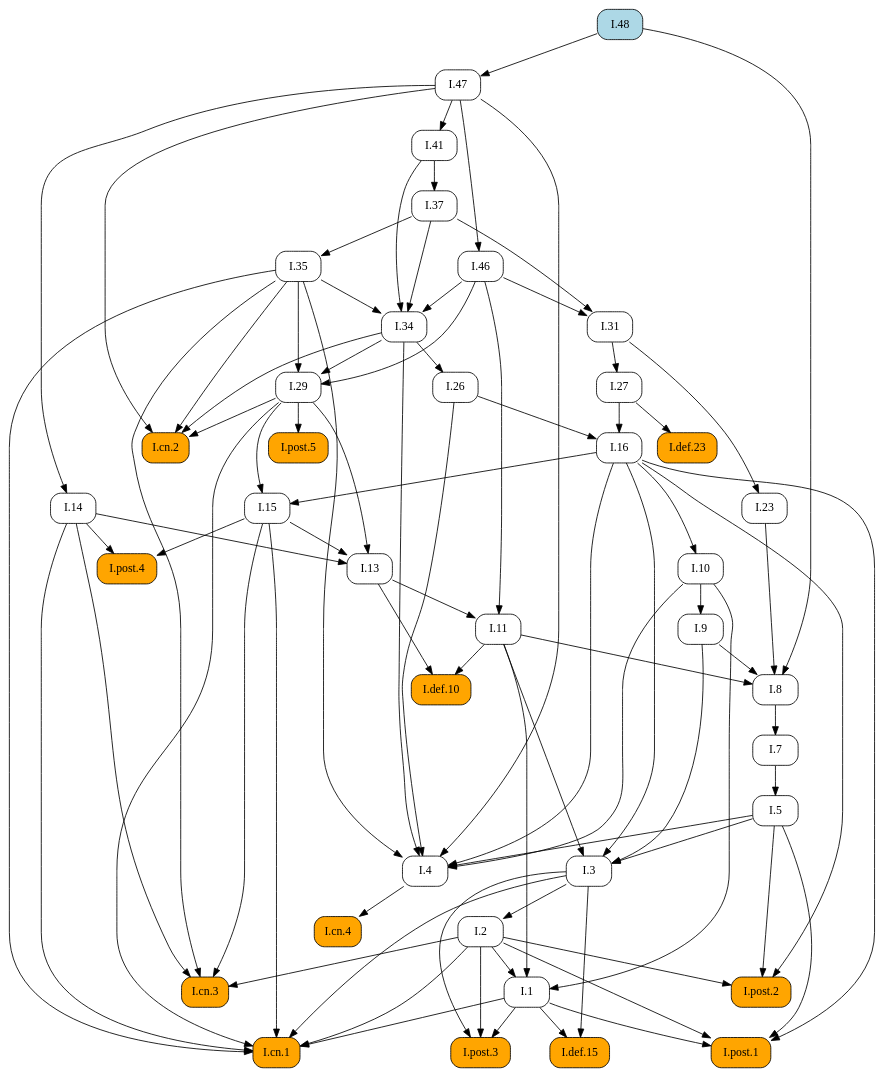
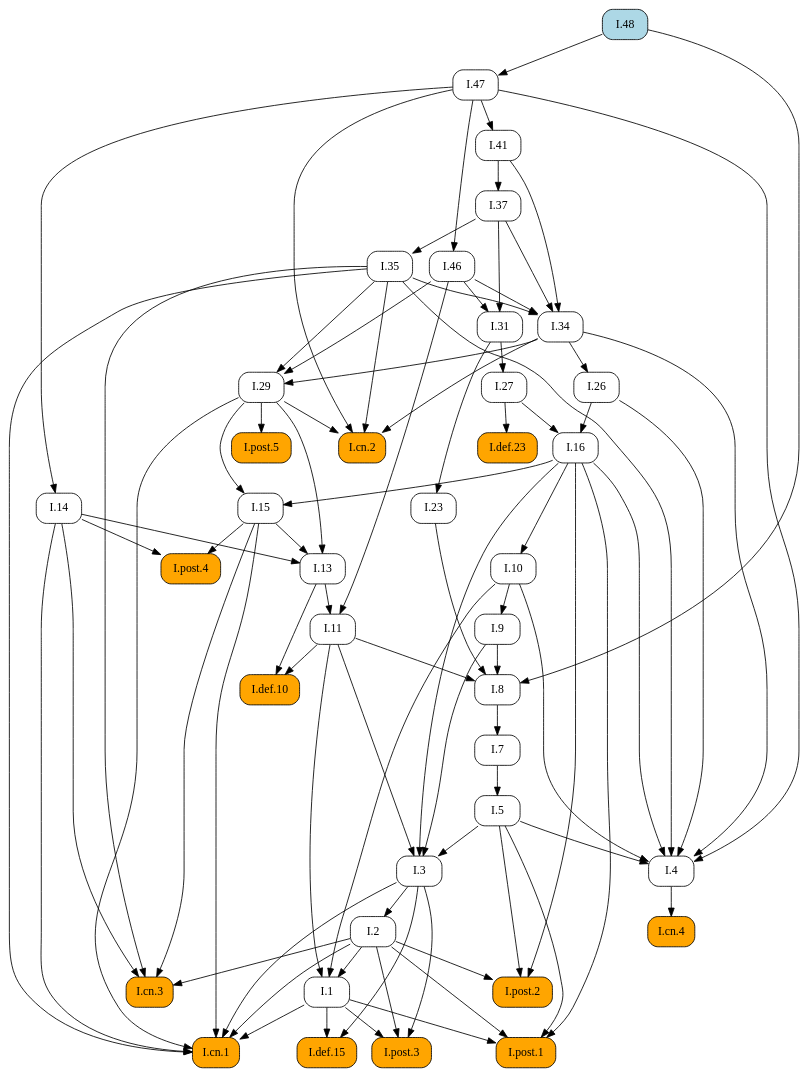
Before and after one commit to geometor/elements: the diagram in docsrc/elements2/I/48/index.rst, drawn with Graphviz. The commit also changed other lines of this file and 409 other files, not shown here.

First line of the commit message:
feat: Add image cropping and graphic extraction script

```diff
--- a/docsrc/elements2/I/48/index.rst
+++ b/docsrc/elements2/I/48/index.rst
@@ -53,88 +53,61 @@
    digraph {
      rankdir="TB";
      node [shape=box, style=rounded];
+     "I.37" [URL="/elements2/I/37/", target="_top"];
+     "I.31" [URL="/elements2/I/31/", target="_top"];
+     "I.cn.2" [style="rounded,filled", fillcolor=orange, URL="/elements2/I/cn.2/", target="_top"];
+     "I.41" [URL="/elements2/I/41/", target="_top"];
      "I.8" [URL="/elements2/I/8/", target="_top"];
+     "I.5" [URL="/elements2/I/5/", target="_top"];
+     "I.47" [URL="/elements2/I/47/", target="_top"];
+     "I.15" [URL="/elements2/I/15/", target="_top"];
+     "I.26" [URL="/elements2/I/26/", target="_top"];
+     "I.cn.1" [style="rounded,filled", fillcolor=orange, URL="/elements2/I/cn.1/", target="_top"];
+     "I.7" [URL="/elements2/I/7/", target="_top"];
+     "I.23" [URL="/elements2/I/23/", target="_top"];
+     "I.16" [URL="/elements2/I/16/", target="_top"];
+     "I.35" [URL="/elements2/I/35/", target="_top"];
+     "I.34" [URL="/elements2/I/34/", target="_top"];
+     "I.48" [style="rounded,filled", fillcolor=lightblue, URL="/elements2/I/48/", target="_top"];
+     "I.def.15" [style="rounded,filled", fillcolor=orange, URL="/elements2/I/def.15/", target="_top"];
      "I.46" [URL="/elements2/I/46/", target="_top"];
-     "I.47" [URL="/elements2/I/47/", target="_top"];
+     "I.def.10" [style="rounded,filled", fillcolor=orange, URL="/elements2/I/def.10/", target="_top"];
+     "I.11" [URL="/elements2/I/11/", target="_top"];
+     "I.def.23" [style="rounded,filled", fillcolor=orange, URL="/elements2/I/def.23/", target="_top"];
+     "I.post.5" [style="rounded,filled", fillcolor=orange, URL="/elements2/I/post.5/", target="_top"];
+     "I.3" [URL="/elements2/I/3/", target="_top"];
      "I.14" [URL="/elements2/I/14/", target="_top"];
+     "I.10" [URL="/elements2/I/10/", target="_top"];
+     "I.cn.3" [style="rounded,filled", fillcolor=orange, URL="/elements2/I/cn.3/", target="_top"];
+     "I.13" [URL="/elements2/I/13/", target="_top"];
+     "I.4" [URL="/elements2/I/4/", target="_top"];
+     "I.post.3" [style="rounded,filled", fillcolor=orange, URL="/elements2/I/post.3/", target="_top"];
+     "I.9" [URL="/elements2/I/9/", target="_top"];
+     "I.29" [URL="/elements2/I/29/", target="_top"];
      "I.post.1" [style="rounded,filled", fillcolor=orange, URL="/elements2/I/post.1/", target="_top"];
-     "I.48" [style="rounded,filled", fillcolor=lightblue, URL="/elements2/I/48/", target="_top"];
-     "I.5" [URL="/elements2/I/5/", target="_top"];
-     "I.post.5" [style="rounded,filled", fillcolor=orange, URL="/elements2/I/post.5/", target="_top"];
-     "I.def.10" [style="rounded,filled", fillcolor=orange, URL="/elements2/I/def.10/", target="_top"];
-     "I.cn.2" [style="rounded,filled", fillcolor=orange, URL="/elements2/I/cn.2/", target="_top"];
-     "I.def.15" [style="rounded,filled", fillcolor=orange, URL="/elements2/I/def.15/", target="_top"];
-     "I.31" [URL="/elements2/I/31/", target="_top"];
-     "I.11" [URL="/elements2/I/11/", target="_top"];
-     "I.3" [URL="/elements2/I/3/", target="_top"];
+     "I.2" [URL="/elements2/I/2/", target="_top"];
+     "I.27" [URL="/elements2/I/27/", target="_top"];
+     "I.cn.4" [style="rounded,filled", fillcolor=orange, URL="/elements2/I/cn.4/", target="_top"];
+     "I.post.4" [style="rounded,filled", fillcolor=orange, URL="/elements2/I/post.4/", target="_top"];
+     "I.1" [URL="/elements2/I/1/", target="_top"];
      "I.post.2" [style="rounded,filled", fillcolor=orange, URL="/elements2/I/post.2/", target="_top"];
-     "I.def.23" [style="rounded,filled", fillcolor=orange, URL="/elements2/I/def.23/", target="_top"];
-     "I.26" [URL="/elements2/I/26/", target="_top"];
-     "I.cn.3" [style="rounded,filled", fillcolor=orange, URL="/elements2/I/cn.3/", target="_top"];
-     "I.cn.4" [style="rounded,filled", fillcolor=orange, URL="/elements2/I/cn.4/", target="_top"];
-     "I.1" [URL="/elements2/I/1/", target="_top"];
-     "I.7" [URL="/elements2/I/7/", target="_top"];
-     "I.9" [URL="/elements2/I/9/", target="_top"];
-     "I.cn.1" [style="rounded,filled", fillcolor=orange, URL="/elements2/I/cn.1/", target="_top"];
-     "I.29" [URL="/elements2/I/29/", target="_top"];
-     "I.post.4" [style="rounded,filled", fillcolor=orange, URL="/elements2/I/post.4/", target="_top"];
-     "I.16" [URL="/elements2/I/16/", target="_top"];
-     "I.13" [URL="/elements2/I/13/", target="_top"];
-     "I.41" [URL="/elements2/I/41/", target="_top"];
-     "I.35" [URL="/elements2/I/35/", target="_top"];
-     "I.2" [URL="/elements2/I/2/", target="_top"];
-     "I.37" [URL="/elements2/I/37/", target="_top"];
-     "I.27" [URL="/elements2/I/27/", target="_top"];
-     "I.4" [URL="/elements2/I/4/", target="_top"];
-     "I.10" [URL="/elements2/I/10/", target="_top"];
-     "I.15" [URL="/elements2/I/15/", target="_top"];
-     "I.34" [URL="/elements2/I/34/", target="_top"];
-     "I.23" [URL="/elements2/I/23/", target="_top"];
-     "I.post.3" [style="rounded,filled", fillcolor=orange, URL="/elements2/I/post.3/", target="_top"];
+     "I.41" -> "I.37";
+     "I.37" -> "I.31";
+     "I.46" -> "I.31";
+     "I.29" -> "I.cn.2";
+     "I.34" -> "I.cn.2";
+     "I.35" -> "I.cn.2";
+     "I.47" -> "I.cn.2";
+     "I.47" -> "I.41";
      "I.9" -> "I.8";
      "I.11" -> "I.8";
      "I.23" -> "I.8";
      "I.48" -> "I.8";
-     "I.47" -> "I.46";
+     "I.7" -> "I.5";
      "I.48" -> "I.47";
-     "I.47" -> "I.14";
-     "I.1" -> "I.post.1";
-     "I.2" -> "I.post.1";
-     "I.5" -> "I.post.1";
-     "I.16" -> "I.post.1";
-     "I.7" -> "I.5";
-     "I.29" -> "I.post.5";
-     "I.11" -> "I.def.10";
-     "I.13" -> "I.def.10";
-     "I.29" -> "I.cn.2";
-     "I.34" -> "I.cn.2";
-     "I.35" -> "I.cn.2";
-     "I.47" -> "I.cn.2";
-     "I.1" -> "I.def.15";
-     "I.3" -> "I.def.15";
-     "I.37" -> "I.31";
-     "I.46" -> "I.31";
-     "I.13" -> "I.11";
-     "I.46" -> "I.11";
-     "I.5" -> "I.3";
-     "I.9" -> "I.3";
-     "I.11" -> "I.3";
-     "I.16" -> "I.3";
-     "I.2" -> "I.post.2";
-     "I.5" -> "I.post.2";
-     "I.16" -> "I.post.2";
-     "I.27" -> "I.def.23";
+     "I.16" -> "I.15";
+     "I.29" -> "I.15";
      "I.34" -> "I.26";
-     "I.2" -> "I.cn.3";
-     "I.14" -> "I.cn.3";
-     "I.15" -> "I.cn.3";
-     "I.35" -> "I.cn.3";
-     "I.4" -> "I.cn.4";
-     "I.2" -> "I.1";
-     "I.10" -> "I.1";
-     "I.11" -> "I.1";
-     "I.8" -> "I.7";
-     "I.10" -> "I.9";
      "I.1" -> "I.cn.1";
      "I.2" -> "I.cn.1";
      "I.3" -> "I.cn.1";
@@ -142,21 +115,37 @@
      "I.15" -> "I.cn.1";
      "I.29" -> "I.cn.1";
      "I.35" -> "I.cn.1";
-     "I.34" -> "I.29";
-     "I.35" -> "I.29";
-     "I.46" -> "I.29";
-     "I.14" -> "I.post.4";
-     "I.15" -> "I.post.4";
+     "I.8" -> "I.7";
+     "I.31" -> "I.23";
      "I.26" -> "I.16";
      "I.27" -> "I.16";
+     "I.37" -> "I.35";
+     "I.35" -> "I.34";
+     "I.37" -> "I.34";
+     "I.41" -> "I.34";
+     "I.46" -> "I.34";
+     "I.1" -> "I.def.15";
+     "I.3" -> "I.def.15";
+     "I.47" -> "I.46";
+     "I.11" -> "I.def.10";
+     "I.13" -> "I.def.10";
+     "I.13" -> "I.11";
+     "I.46" -> "I.11";
+     "I.27" -> "I.def.23";
+     "I.29" -> "I.post.5";
+     "I.5" -> "I.3";
+     "I.9" -> "I.3";
+     "I.11" -> "I.3";
+     "I.16" -> "I.3";
+     "I.47" -> "I.14";
+     "I.16" -> "I.10";
+     "I.2" -> "I.cn.3";
+     "I.14" -> "I.cn.3";
+     "I.15" -> "I.cn.3";
+     "I.35" -> "I.cn.3";
      "I.14" -> "I.13";
      "I.15" -> "I.13";
      "I.29" -> "I.13";
-     "I.47" -> "I.41";
-     "I.37" -> "I.35";
-     "I.3" -> "I.2";
-     "I.41" -> "I.37";
-     "I.31" -> "I.27";
      "I.5" -> "I.4";
      "I.10" -> "I.4";
      "I.16" -> "I.4";
@@ -164,15 +153,26 @@
      "I.34" -> "I.4";
      "I.35" -> "I.4";
      "I.47" -> "I.4";
-     "I.16" -> "I.10";
-     "I.16" -> "I.15";
-     "I.29" -> "I.15";
-     "I.35" -> "I.34";
-     "I.37" -> "I.34";
-     "I.41" -> "I.34";
-     "I.46" -> "I.34";
-     "I.31" -> "I.23";
      "I.1" -> "I.post.3";
      "I.2" -> "I.post.3";
      "I.3" -> "I.post.3";
+     "I.10" -> "I.9";
+     "I.34" -> "I.29";
+     "I.35" -> "I.29";
+     "I.46" -> "I.29";
+     "I.1" -> "I.post.1";
+     "I.2" -> "I.post.1";
+     "I.5" -> "I.post.1";
+     "I.16" -> "I.post.1";
+     "I.3" -> "I.2";
+     "I.31" -> "I.27";
+     "I.4" -> "I.cn.4";
+     "I.14" -> "I.post.4";
+     "I.15" -> "I.post.4";
+     "I.2" -> "I.1";
+     "I.10" -> "I.1";
+     "I.11" -> "I.1";
+     "I.2" -> "I.post.2";
+     "I.5" -> "I.post.2";
+     "I.16" -> "I.post.2";
    }
```
